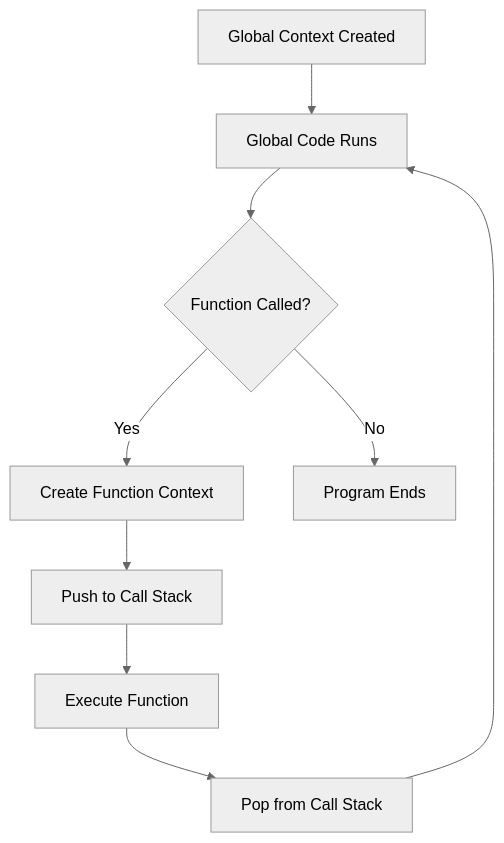
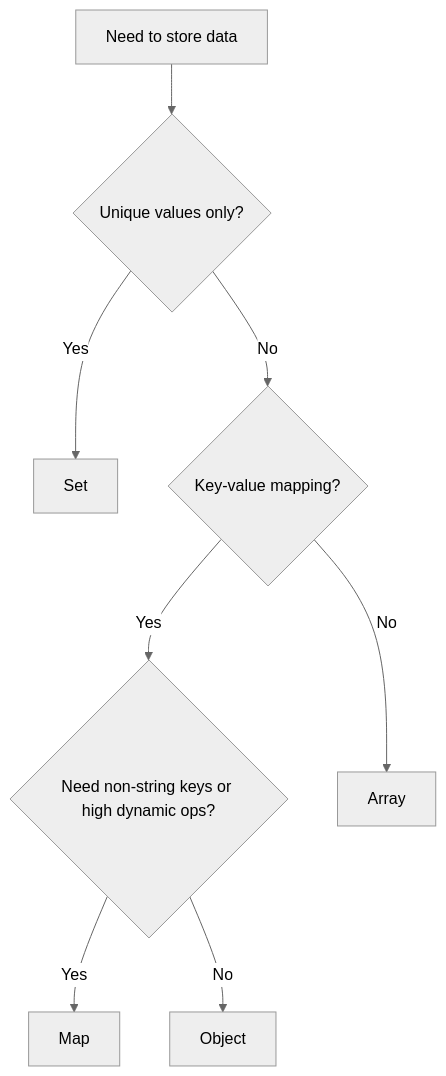
The second of 46 diagrams in JavaScript-Beginners-Guide.md (AbhishekDhone7/javascript-git-basics), drawn with Mermaid (neutral theme) before and after one commit. The commit also changed other lines of this file, not shown here.

````diff
--- a/JavaScript-Beginners-Guide.md
+++ b/JavaScript-Beginners-Guide.md
@@ -256,11 +260,10 @@
 ```mermaid
 flowchart TD
-A[Global Context Created] --> B[Global Code Runs]
-B --> C{Function Called?}
-C -- Yes --> D[Create Function Context]
-D --> E[Push to Call Stack]
-E --> F[Execute Function]
-F --> G[Pop from Call Stack]
-G --> B
-C -- No --> H[Program Ends]
+A[Need to store data] --> B{Unique values only?}
+B -- Yes --> C[Set]
+B -- No --> D{Key-value mapping?}
+D -- Yes --> E{Need non-string keys or high dynamic ops?}
+E -- Yes --> F[Map]
+E -- No --> G[Object]
+D -- No --> H[Array]
 ```
````
